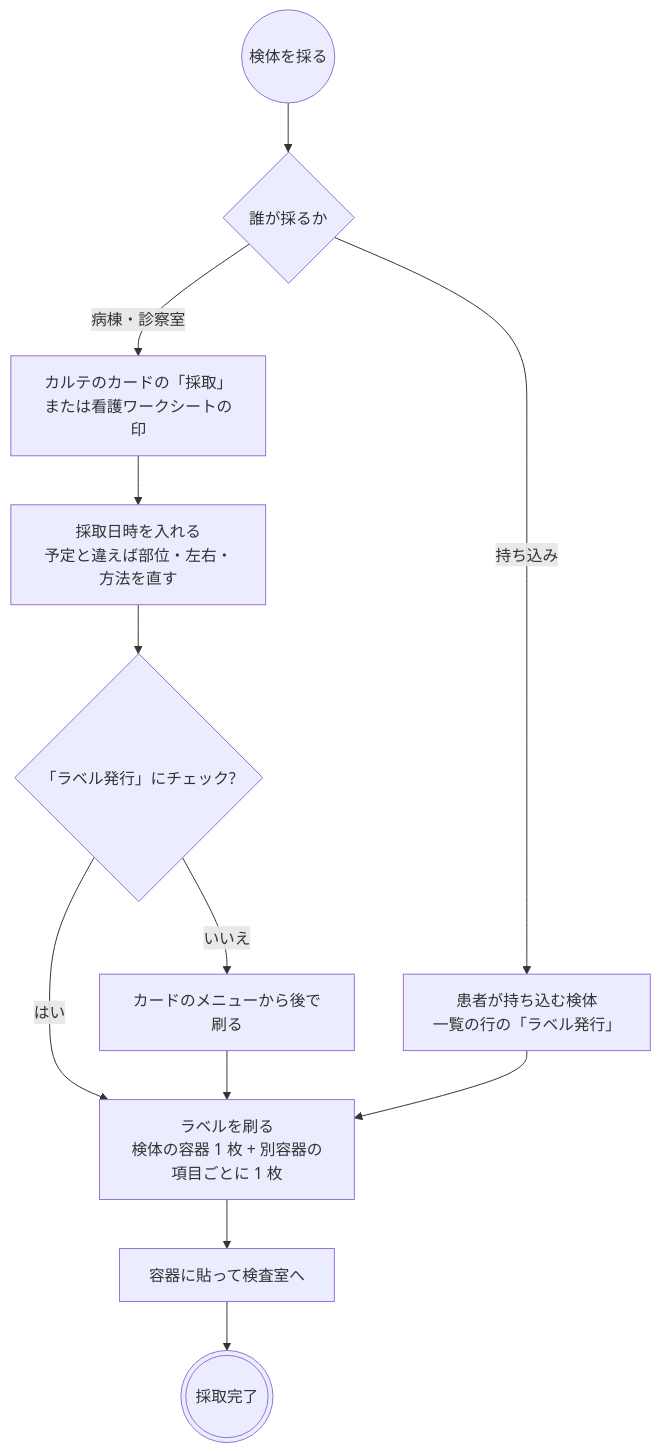
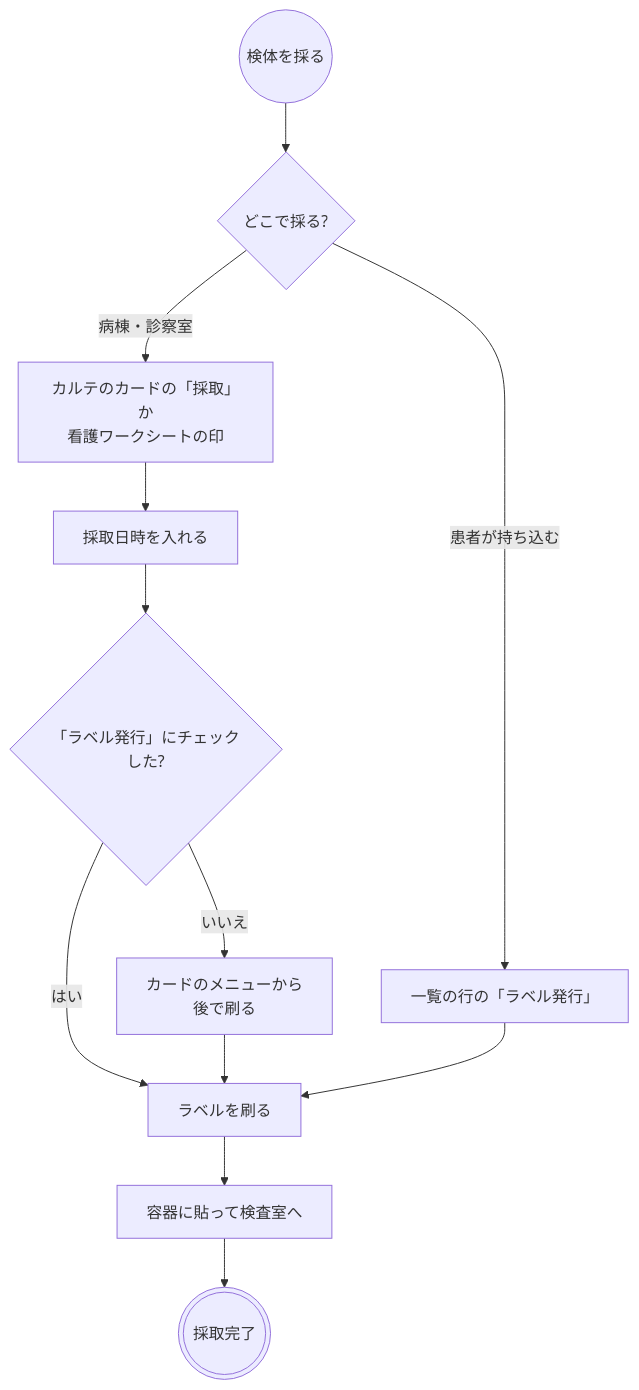
The third of 6 diagrams in docs/flows/micro.md (ysnr-dev/fhir-client-docs), drawn with Mermaid before and after one commit. The commit also changed other lines of this file and 43 other files, not shown here.

Commit message:
docs: 業務フローとシーケンス図を写し直し

````diff
--- a/docs/flows/micro.md
+++ b/docs/flows/micro.md
@@ -124,20 +141,20 @@
 ```mermaid
 flowchart TD
   start(("検体を採る"))
-  who{"誰が採るか"}
-  card["カルテのカードの「採取」<br/>または看護ワークシートの印"]
-  bring["患者が持ち込む検体<br/>一覧の行の「ラベル発行」"]
-  record["採取日時を入れる<br/>予定と違えば部位・左右・方法を直す"]
-  print{"「ラベル発行」にチェック?"}
-  issue["ラベルを刷る<br/>検体の容器 1 枚 + 別容器の項目ごとに 1 枚"]
-  later["カードのメニューから後で刷る"]
+  who{"どこで採る?"}
+  card["カルテのカードの「採取」か<br/>看護ワークシートの印"]
+  bring["一覧の行の「ラベル発行」"]
+  record["採取日時を入れる"]
+  print{"「ラベル発行」にチェックした?"}
+  issue["ラベルを刷る"]
+  later["カードのメニューから<br/>後で刷る"]
   paste["容器に貼って検査室へ"]
   done((("採取完了")))
 
   start --> who
   who -- "病棟・診察室" --> card --> record --> print
   print -- "はい" --> issue --> paste
   print -- "いいえ" --> later --> issue
-  who -- "持ち込み" --> bring --> issue
+  who -- "患者が持ち込む" --> bring --> issue
   paste --> done
 ```
````
